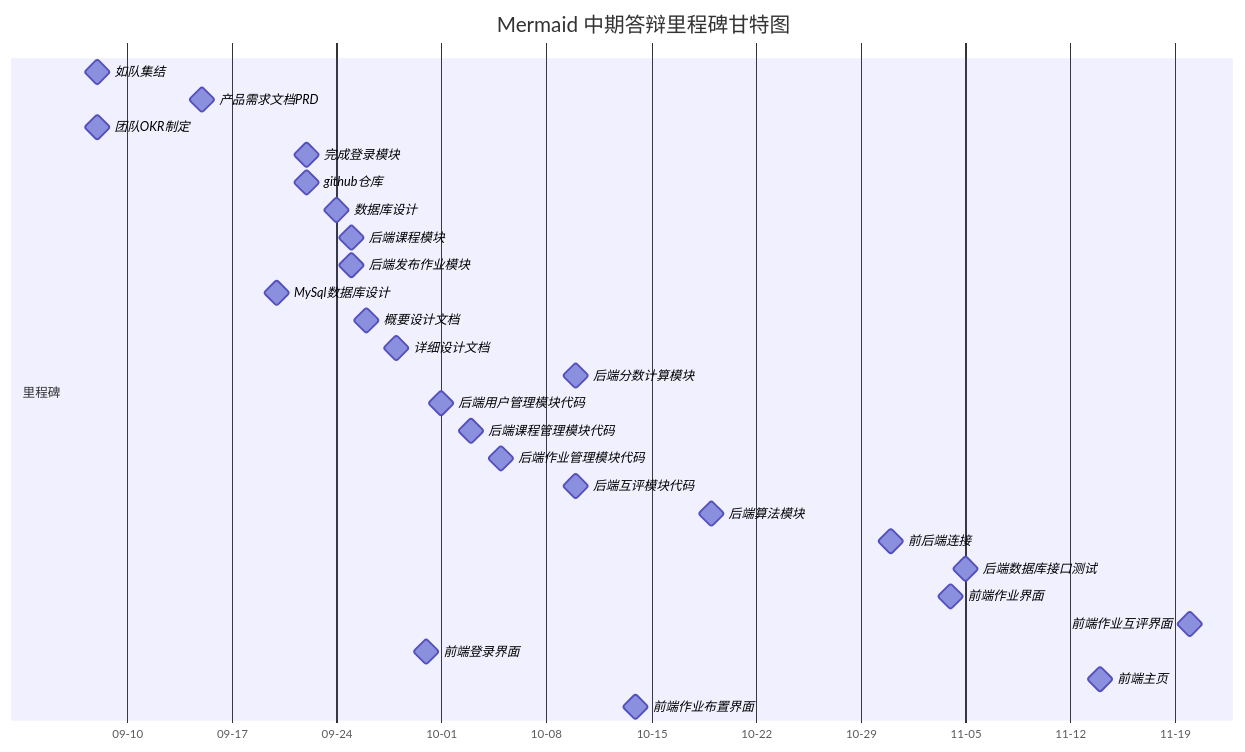
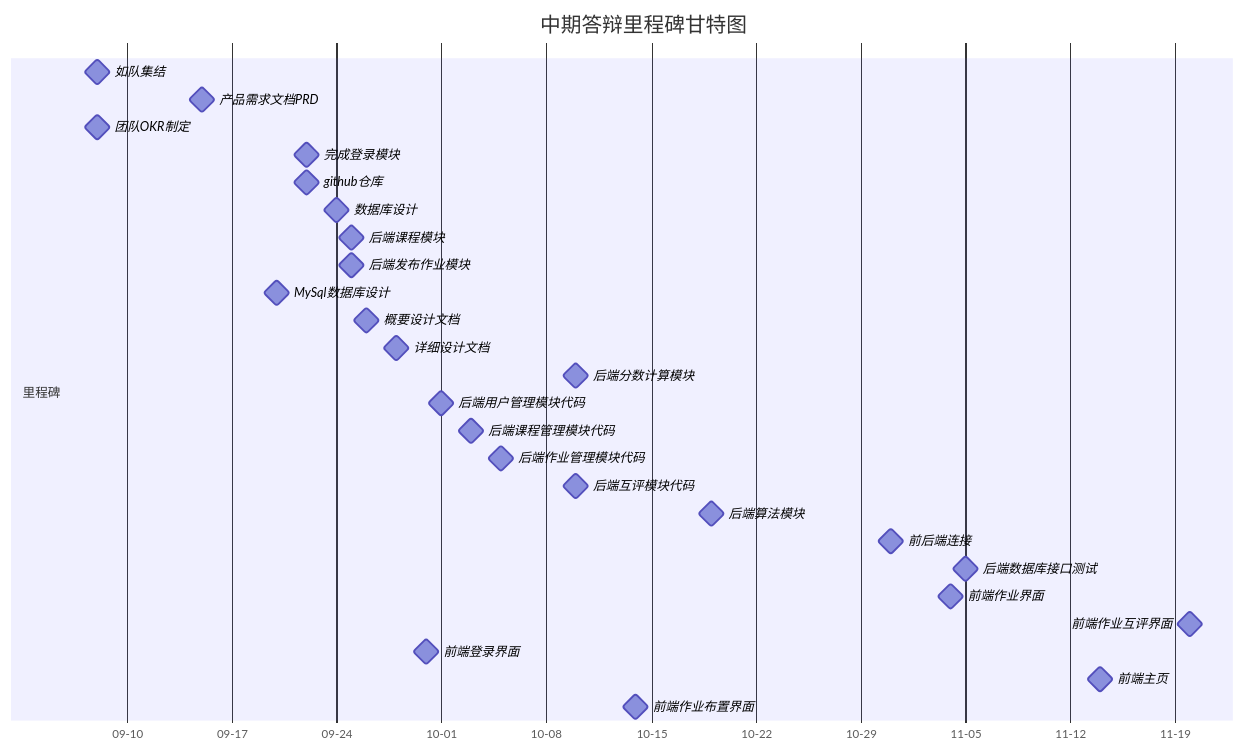
Before and after one commit to XuYiHan30319/Obsidian: the second of 2 diagrams in 大三上学期/实训/中期答辩.md, drawn with Mermaid. The commit also changed 1 other file, not shown here.

Commit message:
vault backup: 2023-11-21 09:21:37

````diff
--- a/大三上学期/实训/中期答辩.md
+++ b/大三上学期/实训/中期答辩.md
@@ -61,38 +61,38 @@
 ```mermaid
 gantt
 
-	title Mermaid 中期答辩里程碑甘特图
+	title 中期答辩里程碑甘特图
 	%% 起止日期语法格式
    	dateFormat  MM-DD
    	%% 最下方时间轴日期格式
 	axisFormat %m-%d
 	%% 表示今天标记的显示样式
 	todayMarker stroke-width:3px,stroke:#FBBC05,opacity:0.6
 
 section 里程碑
 	如队集结: milestone,2023/09/08,0d
 	产品需求文档PRD: milestone,2023/09/15,0d
 	团队OKR制定: milestone,2023/09/08,0d
 	完成登录模块: milestone,2023/09/22,0d
 	github仓库: milestone,2023/09/22,0d
 	数据库设计: milestone,2023/09/24,0d
 	后端课程模块: milestone,2023/09/25,0d
 	后端发布作业模块: milestone,2023/09/25,0d
 	MySql数据库设计: milestone,2023/09/20,0d
 	概要设计文档: milestone,2023/09/26,0d
 	详细设计文档: milestone,2023/09/28,0d
 	后端分数计算模块: milestone,2023/10/10,0d
 	后端用户管理模块代码:milestone,2023/10/01,0d
 	后端课程管理模块代码:milestone,2023/10/03,0d
 	后端作业管理模块代码:milestone,2023/10/05,0d
 	后端互评模块代码: milestone,2023/10/10,0d
 	后端算法模块: milestone,2023/10/19,0d
 	前后端连接: milestone,2023/10/31,0d
 	后端数据库接口测试: milestone,2023/11/5,0d
 	前端作业界面: milestone,2023/11/04,0d
 	前端作业互评界面: milestone,2023/11/20,0d
 	前端登录界面: milestone,2023/9/30,0d	
 	前端主页: milestone,2023/11/14,0d
 	前端作业布置界面: milestone,2023/10/14,0d	
 
 ```
````
